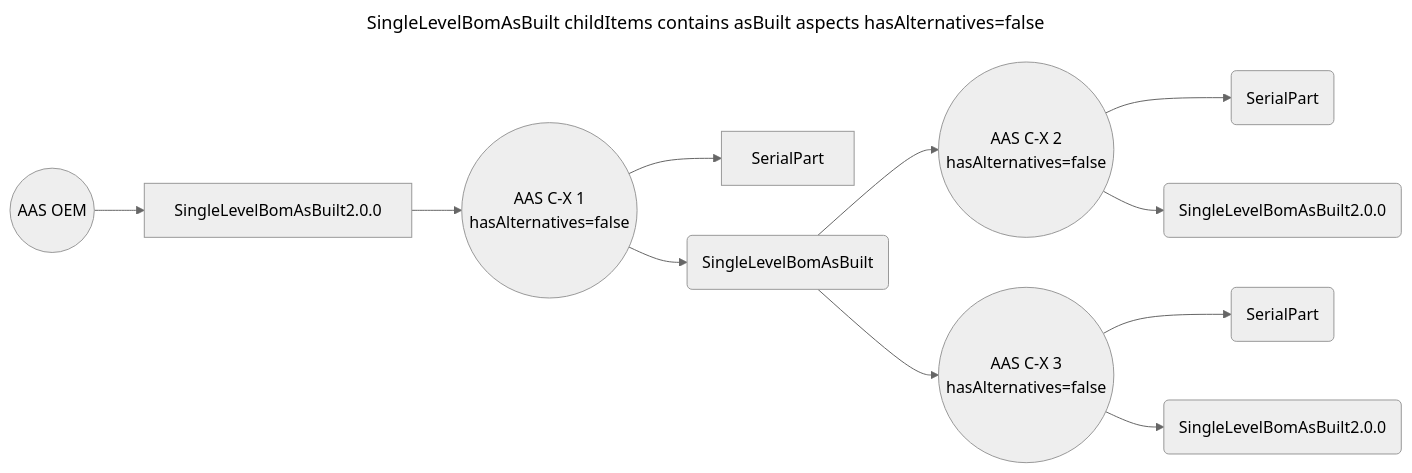
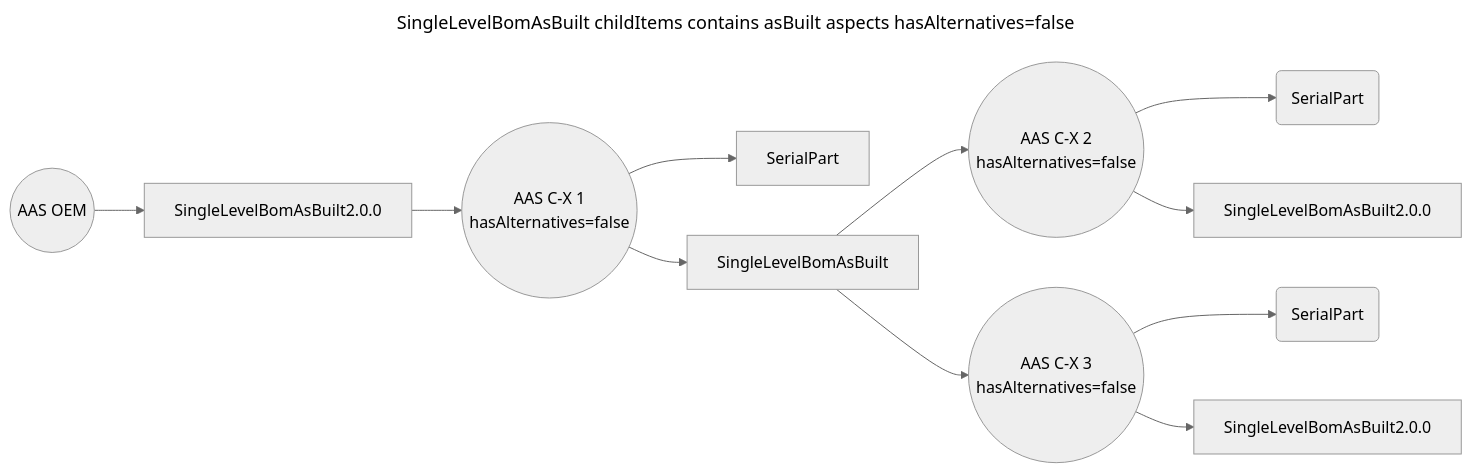
The first of 3 diagrams in docs/concept/#212-Update-of-aspect-model-SingleLevelBomAsBuilt-2_0_0/#212-Update-SingleLevelBomAsBuilt-2-0-0.md (eclipse-tractusx/item-relationship-service), drawn with Mermaid (neutral theme) before and after one commit. The commit also changed other lines of this file, not shown here.

Commit message:
fix(diagram):[#212] adjust diagram

````diff
--- a/docs/concept/#212-Update-of-aspect-model-SingleLevelBomAsBuilt-2_0_0/#212-Update-SingleLevelBomAsBuilt-2-0-0.md
+++ b/docs/concept/#212-Update-of-aspect-model-SingleLevelBomAsBuilt-2_0_0/#212-Update-SingleLevelBomAsBuilt-2-0-0.md
@@ -87,18 +87,18 @@
 ```mermaid
 ---
 title: SingleLevelBomAsBuilt childItems contains asBuilt aspects hasAlternatives=false
 ---
 flowchart LR
     s1((AAS C-X 1 \n hasAlternatives=false))
     SingleLevelBomAsBuilt[SingleLevelBomAsBuilt2.0.0]
     aas((AAS OEM)) --> SingleLevelBomAsBuilt
     SingleLevelBomAsBuilt --> s1
     s1 --> SerialPart
     s1 --> SingleLevelBomAsBuilt2
-    SingleLevelBomAsBuilt2(SingleLevelBomAsBuilt) --> s4((AAS C-X 2 \n hasAlternatives=false))
+    SingleLevelBomAsBuilt2[SingleLevelBomAsBuilt] --> s4((AAS C-X 2 \n hasAlternatives=false))
     s4 --> SerialPart3(SerialPart)
-   s4 --> SerialPart5(SingleLevelBomAsBuilt2.0.0)
+    s4 --> SingleLevelBomAsBuilt5[SingleLevelBomAsBuilt2.0.0]
     SingleLevelBomAsBuilt2 --> s5((AAS C-X 3 \n hasAlternatives=false))
     s5 --> SerialPart2(SerialPart)
-    s5 --> SerialPart4(SingleLevelBomAsBuilt2.0.0)
+    s5 --> SingleLevelBomAsBuilt7[SingleLevelBomAsBuilt2.0.0]
 ```
````
